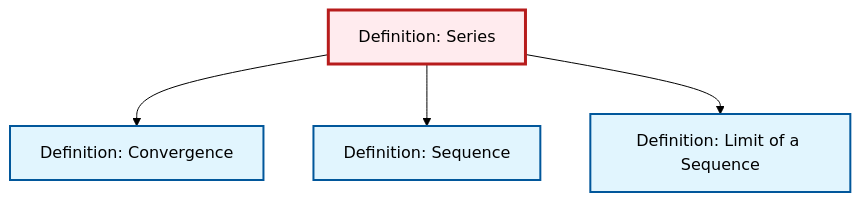
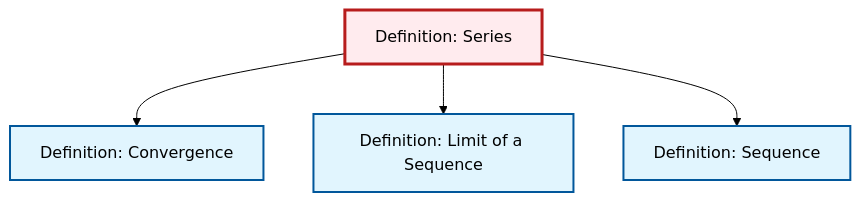
The diagram in content/ja/analysis/def-series.qmd (RK0429/ModernMath), drawn with Mermaid (forest theme) before and after one commit. The commit also changed other lines of this file and 615 other files, not shown here.

````diff
--- a/content/ja/analysis/def-series.qmd
+++ b/content/ja/analysis/def-series.qmd
@@ -90,20 +90,20 @@
 ```{mermaid}
 %%| fig-cap: "Local dependency graph"
 graph TD
     classDef definition fill:#e1f5fe,stroke:#01579b,stroke-width:2px
     classDef theorem fill:#f3e5f5,stroke:#4a148c,stroke-width:2px
     classDef axiom fill:#fff3e0,stroke:#e65100,stroke-width:2px
     classDef example fill:#e8f5e9,stroke:#1b5e20,stroke-width:2px
     classDef current fill:#ffebee,stroke:#b71c1c,stroke-width:3px
+    def-sequence["Definition: Sequence"]:::definition
+    def-series["Definition: Series"]:::definition
+    def-convergence["Definition: Convergence"]:::definition
     def-limit["Definition: Limit of a Sequence"]:::definition
-    def-sequence["Definition: Sequence"]:::definition
-    def-convergence["Definition: Convergence"]:::definition
-    def-series["Definition: Series"]:::definition
     def-series --> def-convergence
+    def-series --> def-limit
     def-series --> def-sequence
-    def-series --> def-limit
     class def-series current
-    click def-limit "def-limit.html" "Definition: Limit of a Sequenceへ"
     click def-sequence "def-sequence.html" "Definition: Sequenceへ"
     click def-convergence "def-convergence.html" "Definition: Convergenceへ"
+    click def-limit "def-limit.html" "Definition: Limit of a Sequenceへ"
 ```
````
